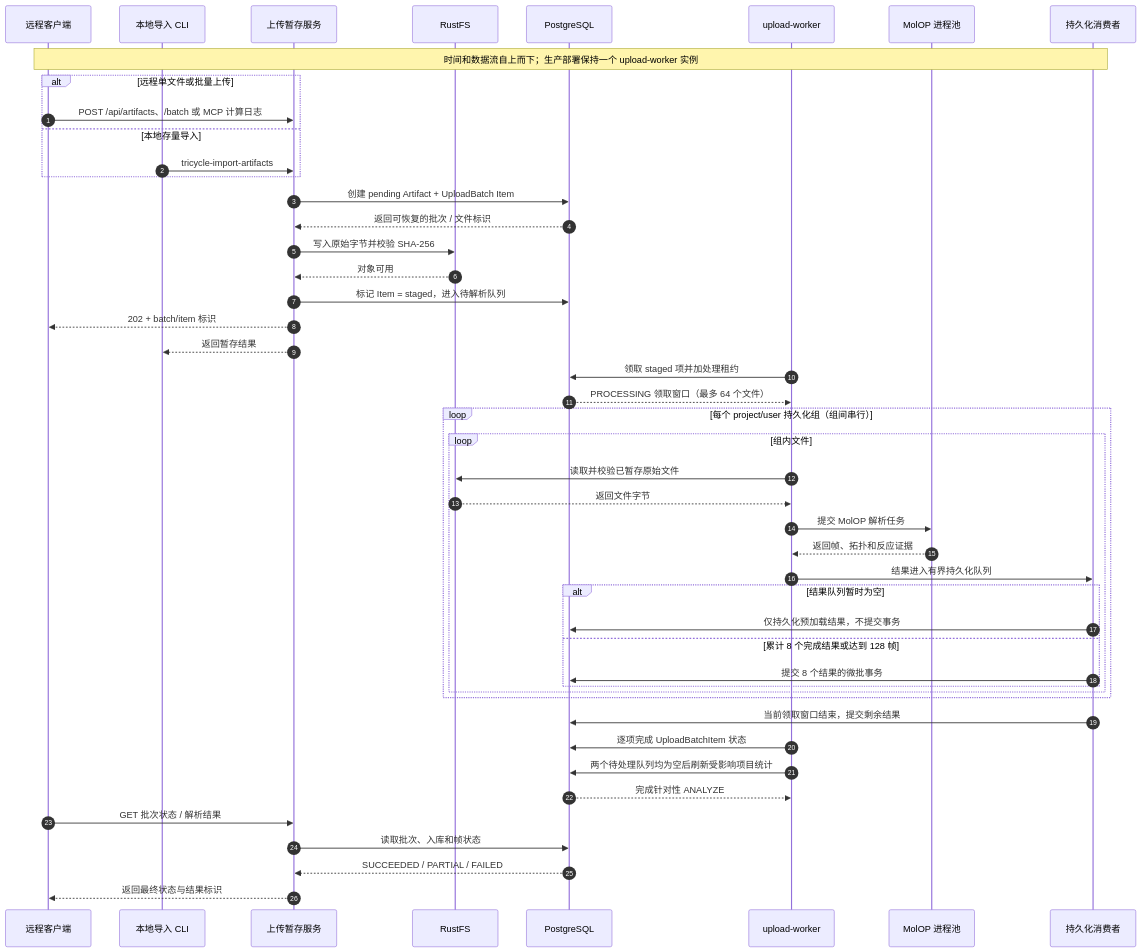
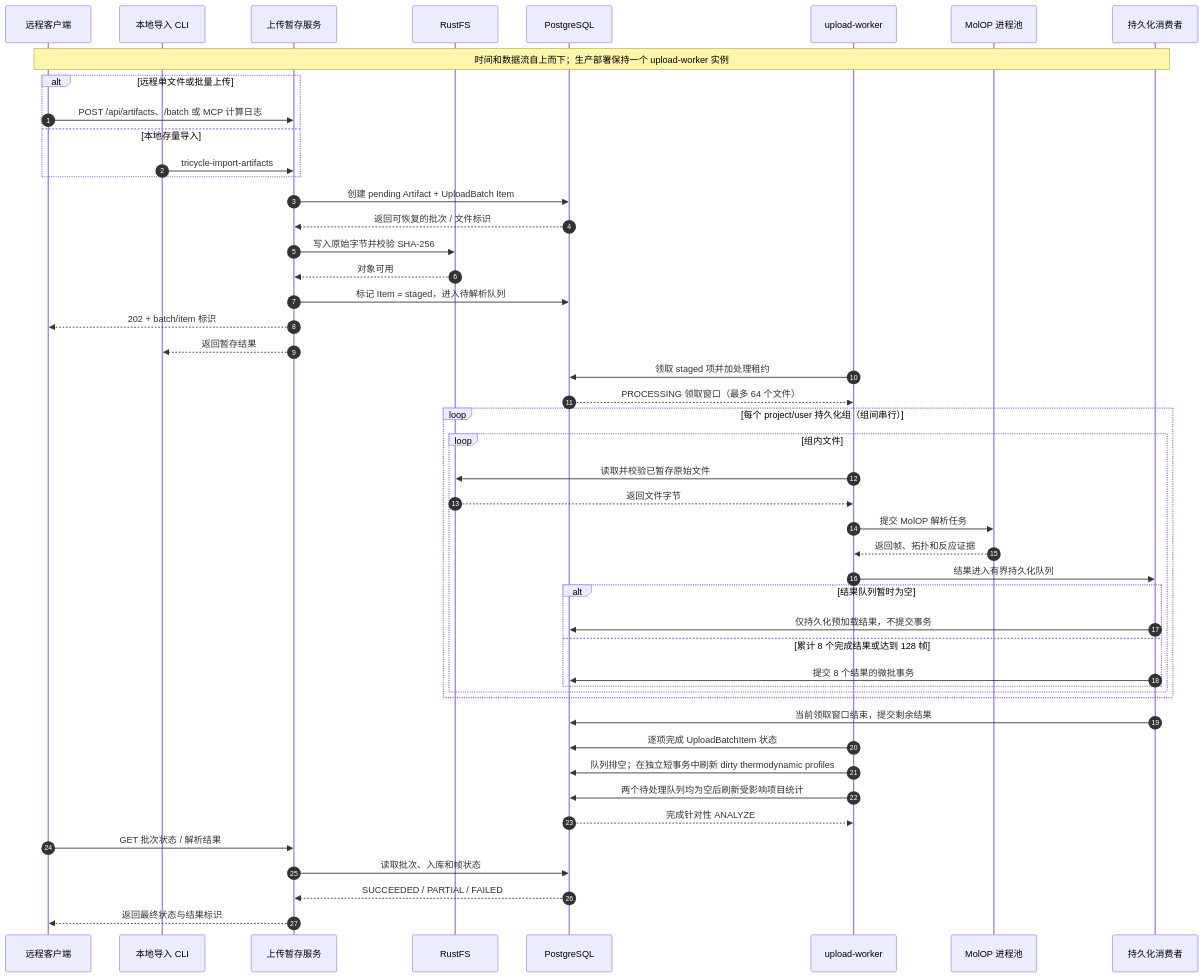
Before and after one commit to gentle1999/TriCycle-ReactionDatabase: the diagram in docs/development.md, drawn with Mermaid. The commit also changed other lines of this file and 18 other files, not shown here.

````diff
--- a/docs/development.md
+++ b/docs/development.md
@@ -638,51 +639,52 @@
 ```mermaid
 sequenceDiagram
     autonumber
     participant R as 远程客户端
     participant L as 本地导入 CLI
     participant S as 上传暂存服务
     participant O as RustFS
     participant D as PostgreSQL
     participant W as upload-worker
     participant M as MolOP 进程池
     participant P as 持久化消费者
 
     Note over R,P: 时间和数据流自上而下；生产部署保持一个 upload-worker 实例
     alt 远程单文件或批量上传
         R->>S: POST /api/artifacts、/batch 或 MCP 计算日志
     else 本地存量导入
         L->>S: tricycle-import-artifacts
     end
     S->>D: 创建 pending Artifact + UploadBatch Item
     D-->>S: 返回可恢复的批次 / 文件标识
     S->>O: 写入原始字节并校验 SHA-256
     O-->>S: 对象可用
     S->>D: 标记 Item = staged，进入待解析队列
     S-->>R: 202 + batch/item 标识
     S-->>L: 返回暂存结果
 
     W->>D: 领取 staged 项并加处理租约
     D-->>W: PROCESSING 领取窗口（最多 64 个文件）
     loop 每个 project/user 持久化组（组间串行）
         loop 组内文件
             W->>O: 读取并校验已暂存原始文件
             O-->>W: 返回文件字节
             W->>M: 提交 MolOP 解析任务
             M-->>W: 返回帧、拓扑和反应证据
             W->>P: 结果进入有界持久化队列
             alt 结果队列暂时为空
                 P->>D: 仅持久化预加载结果，不提交事务
             else 累计 8 个完成结果或达到 128 帧
                 P->>D: 提交 8 个结果的微批事务
             end
         end
     end
     P->>D: 当前领取窗口结束，提交剩余结果
     W->>D: 逐项完成 UploadBatchItem 状态
+    W->>D: 队列排空；在独立短事务中刷新 dirty thermodynamic profiles
     W->>D: 两个待处理队列均为空后刷新受影响项目统计
     D-->>W: 完成针对性 ANALYZE
     R->>S: GET 批次状态 / 解析结果
     S->>D: 读取批次、入库和帧状态
     D-->>S: SUCCEEDED / PARTIAL / FAILED
     S-->>R: 返回最终状态与结果标识
 ```
````
